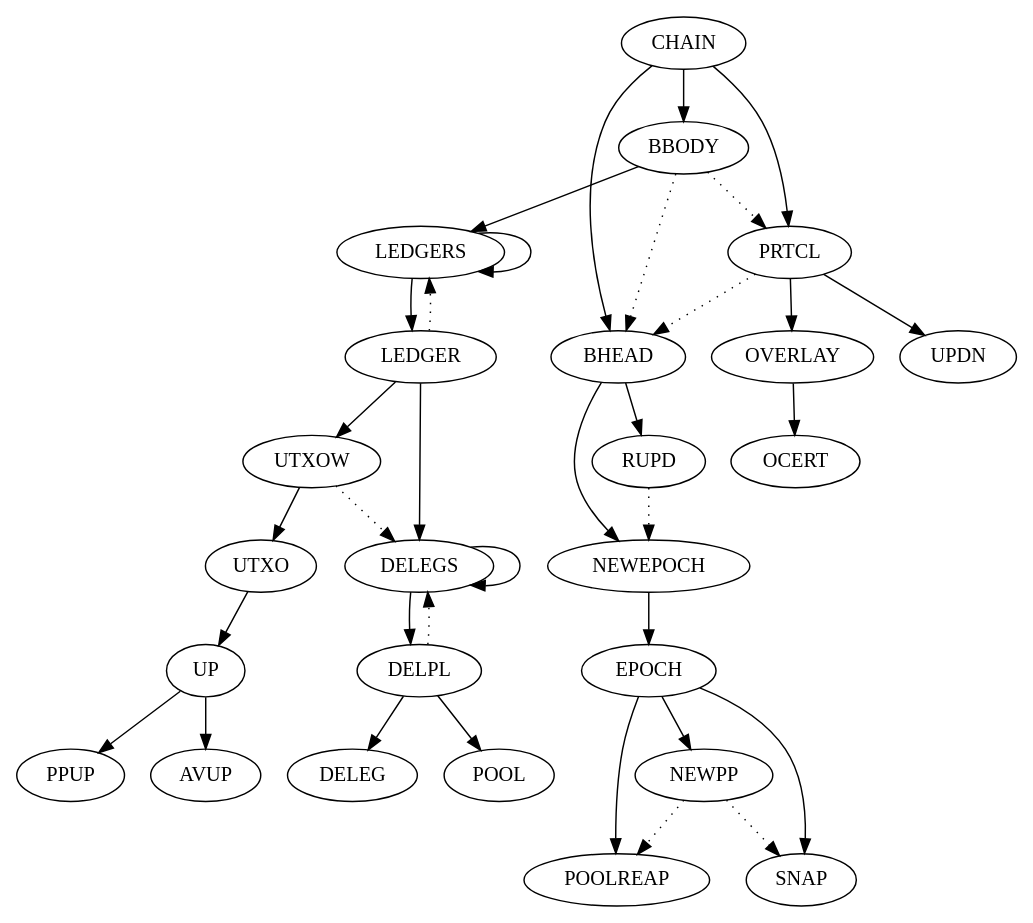
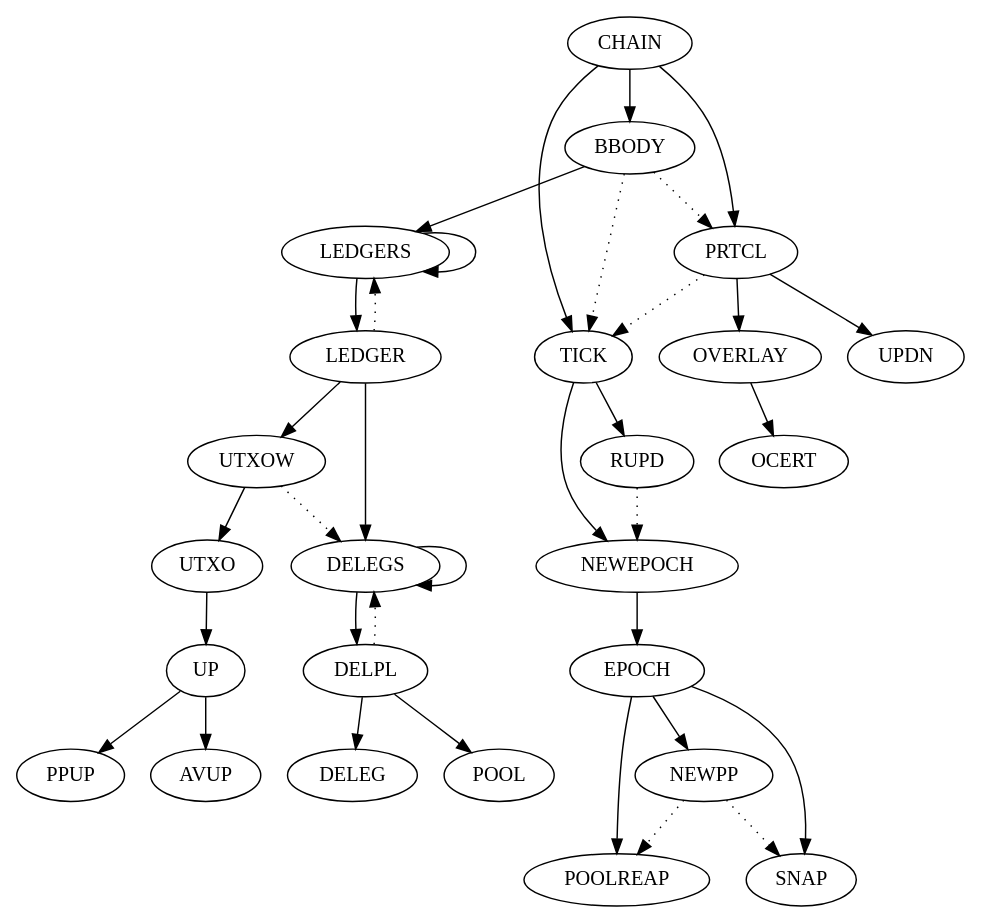
The diagram in shelley/chain-and-ledger/formal-spec/rules.dot (IntersectMBO/cardano-ledger), drawn with Graphviz before and after one commit. The commit also changed 10 other files, not shown here.

Commit message:
bhead transition is now tick, w/o header check

```diff
--- a/shelley/chain-and-ledger/formal-spec/rules.dot
+++ b/shelley/chain-and-ledger/formal-spec/rules.dot
@@ -1,48 +1,48 @@
 digraph STS {
         CHAIN -> BBODY
         CHAIN -> PRTCL
-        CHAIN -> BHEAD
+        CHAIN -> TICK
         BBODY -> PRTCL [style=dotted]
-        BBODY -> BHEAD [style=dotted]
-        PRTCL -> BHEAD [style=dotted]
+        BBODY -> TICK [style=dotted]
+        PRTCL -> TICK [style=dotted]
 
         UTXOW -> UTXO
         UTXOW -> DELEGS [style=dotted]
         UTXO  -> UP
 
         UP -> PPUP
         UP -> AVUP
 
         DELEGS -> DELPL
         DELEGS -> DELEGS
         DELPL  -> DELEGS [style=dotted]
 
         DELPL -> DELEG
         DELPL -> POOL
 
         LEDGER -> DELEGS
         LEDGER -> UTXOW
 
         LEDGERS -> LEDGER
         LEDGERS -> LEDGERS
         LEDGER  -> LEDGERS [style=dotted]
 
         EPOCH -> SNAP
         EPOCH -> POOLREAP
         EPOCH -> NEWPP
         NEWPP -> POOLREAP [style=dotted]
         NEWPP -> SNAP [style=dotted]
 
         NEWEPOCH -> EPOCH
 
-        BHEAD -> RUPD
-        BHEAD -> NEWEPOCH
+        TICK -> RUPD
+        TICK -> NEWEPOCH
         RUPD -> NEWEPOCH [style=dotted]
 
         OVERLAY -> OCERT
 
         PRTCL -> UPDN
         PRTCL -> OVERLAY
 
         BBODY -> LEDGERS
 }
```
